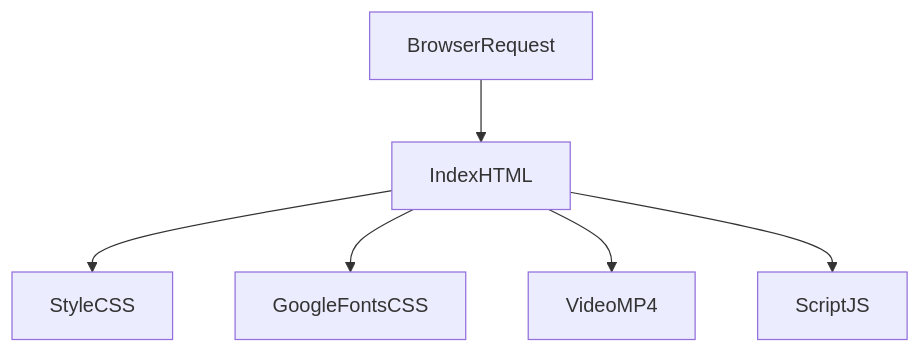
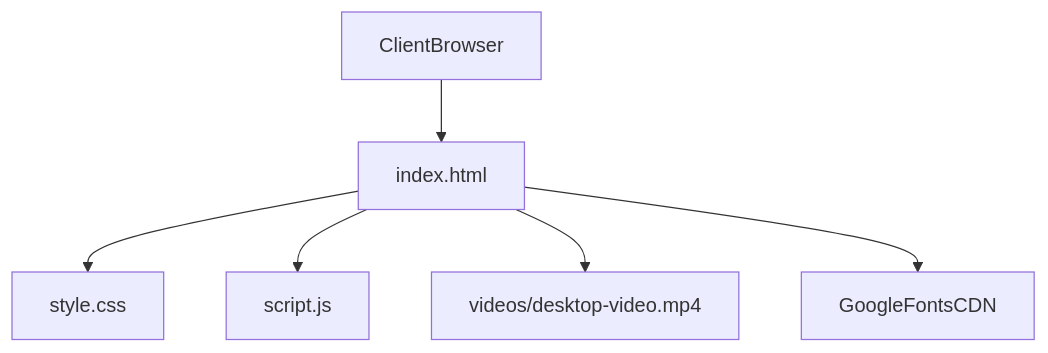
Before and after one commit to test-company-prowiz/Note-Summerizer: the diagram in docs/index.html.md, drawn with Mermaid. The commit also changed other lines of this file, not shown here.

Commit message:
[AI-DOC] docs: auto-generated documentation for docs/index.html.md

````diff
--- a/docs/index.html.md
+++ b/docs/index.html.md
@@ -41,8 +48,8 @@
 ```mermaid
 graph TD
-BrowserRequest --> IndexHTML
-IndexHTML --> StyleCSS
-IndexHTML --> GoogleFontsCSS
-IndexHTML --> VideoMP4
-IndexHTML --> ScriptJS
+ClientBrowser[ClientBrowser] --> IndexHTML[index.html]
+IndexHTML --> StyleCSS[style.css]
+IndexHTML --> ScriptJS[script.js]
+IndexHTML --> VideoMP4[videos/desktop-video.mp4]
+IndexHTML --> GoogleFonts[GoogleFontsCDN]
 ```
````
